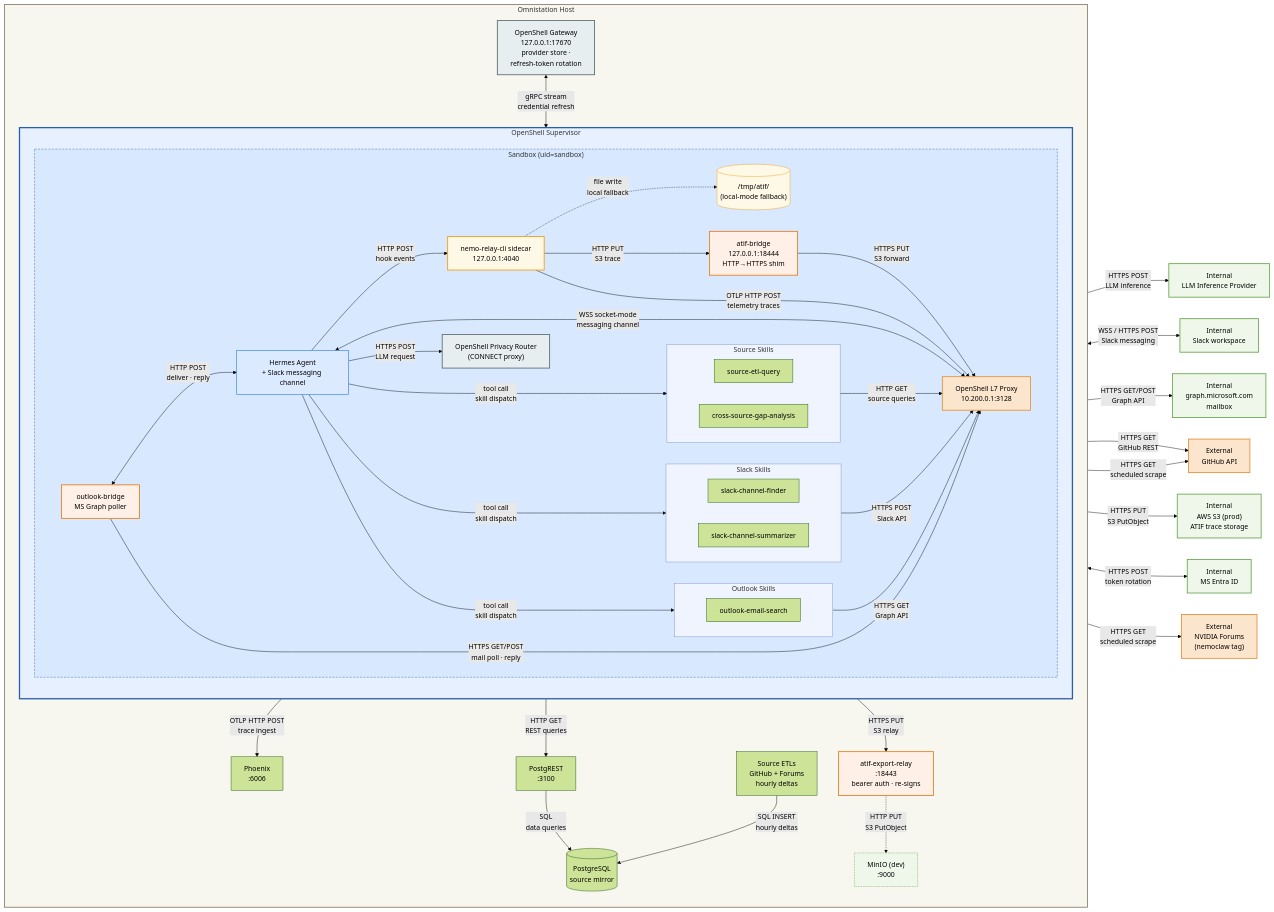
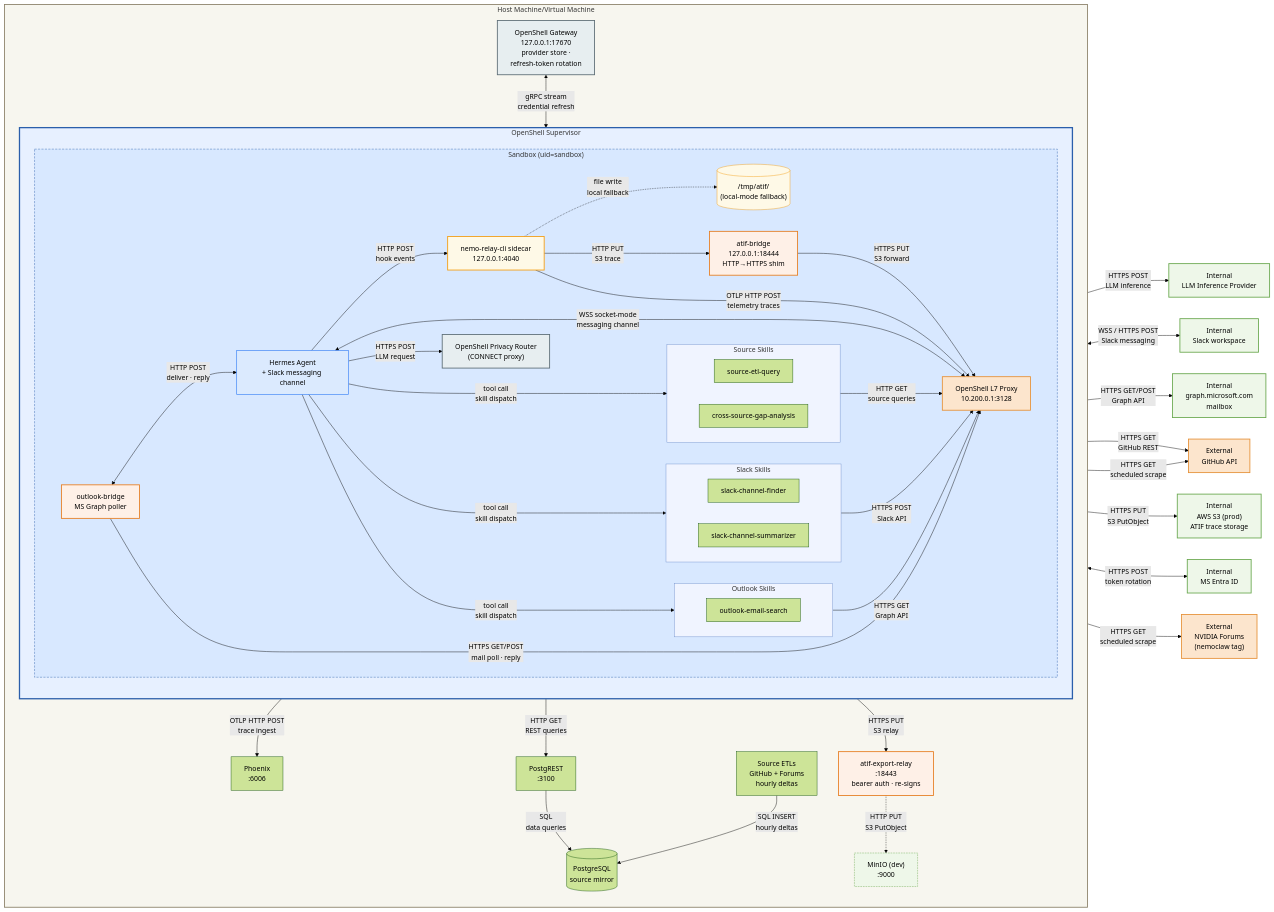
The diagram in examples/personal-community-sentiment-triage/README.md (NVIDIA/nemoclaw-community), drawn with Mermaid (forest theme) before and after one commit.

Commit message:
Update README.md mermaid heading to be more generic

```diff
--- a/examples/personal-community-sentiment-triage/README.md
+++ b/examples/personal-community-sentiment-triage/README.md
@@ -56,7 +56,7 @@
     forums["External\nNVIDIA Forums\n(nemoclaw tag)"]
     s3["Internal\nAWS S3 (prod)\nATIF trace storage"]
 
-    subgraph host["Omnistation Host"]
+    subgraph host["Host Machine/Virtual Machine"]
         direction TB
 
         subgraph supervisor["OpenShell Supervisor"]
```
